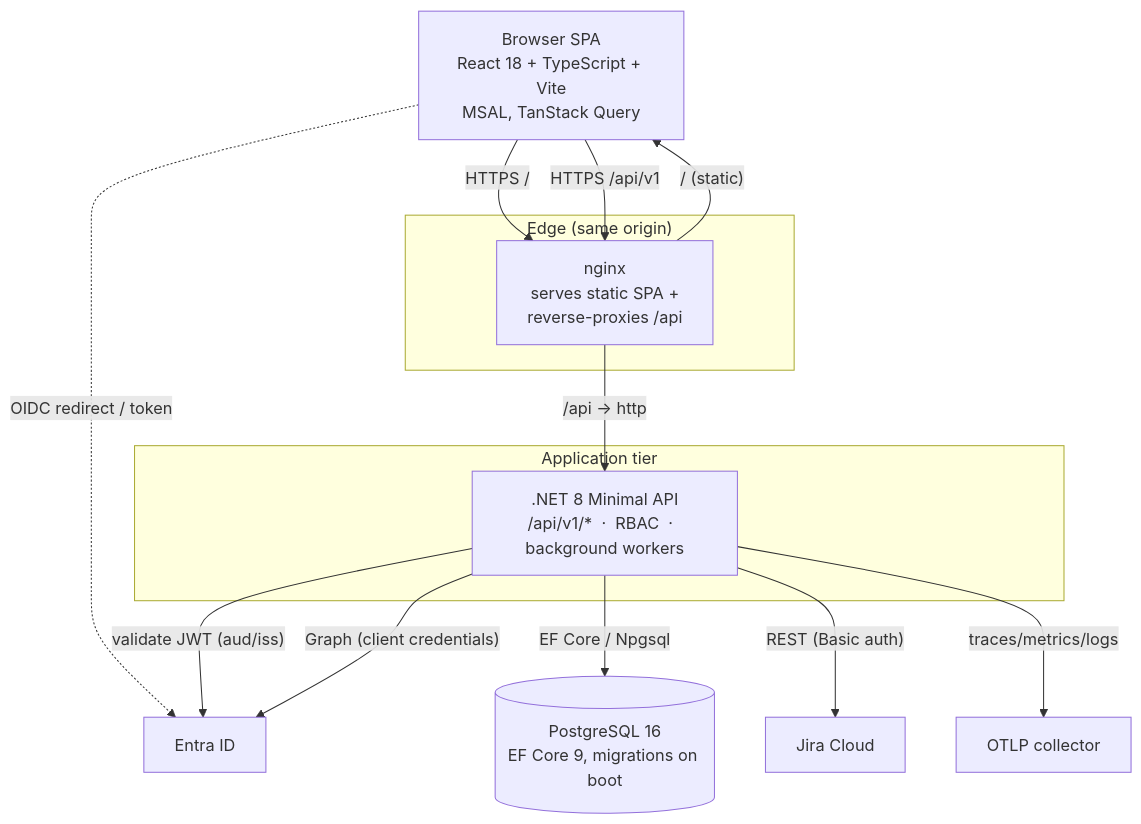
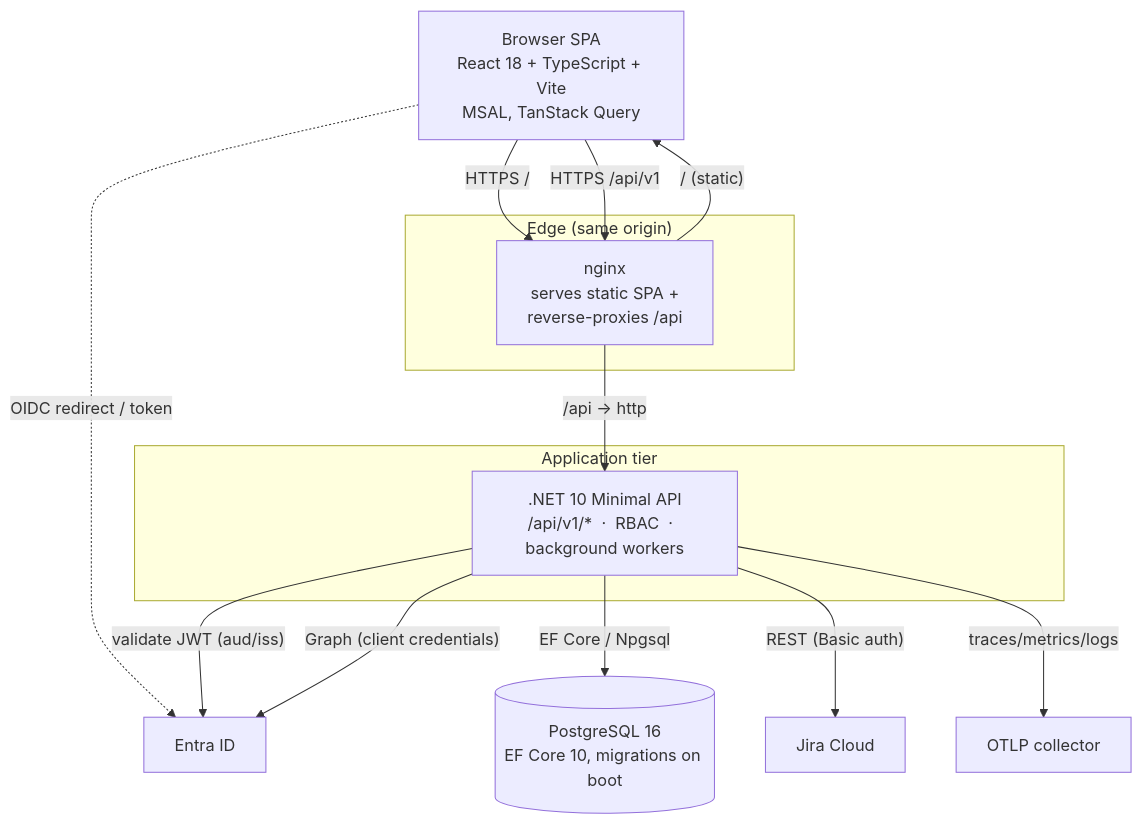
The second of 8 diagrams in docs/architecture/hld.md (nicpozent/ATLASPPM_AdditionalFeatures), drawn with Mermaid before and after one commit. The commit also changed other lines of this file and 13 other files, not shown here.

````diff
--- a/docs/architecture/hld.md
+++ b/docs/architecture/hld.md
@@ -55,29 +55,29 @@
 ```mermaid
 flowchart TB
   browser["Browser SPA\nReact 18 + TypeScript + Vite\nMSAL, TanStack Query"]
 
   subgraph edge["Edge (same origin)"]
     nginx["nginx\nserves static SPA +\nreverse-proxies /api"]
   end
 
   subgraph app["Application tier"]
-    api[".NET 8 Minimal API\n/api/v1/*  ·  RBAC  ·  background workers"]
+    api[".NET 10 Minimal API\n/api/v1/*  ·  RBAC  ·  background workers"]
   end
 
-  db[("PostgreSQL 16\nEF Core 9, migrations on boot")]
+  db[("PostgreSQL 16\nEF Core 10, migrations on boot")]
 
   entra["Entra ID"]
   jira["Jira Cloud"]
   otlp["OTLP collector"]
 
   browser -->|"HTTPS /"| nginx
   browser -->|"HTTPS /api/v1"| nginx
   nginx -->|"/ (static)"| browser
   nginx -->|"/api → http"| api
   browser -.->|"OIDC redirect / token"| entra
   api -->|"validate JWT (aud/iss)"| entra
   api -->|"EF Core / Npgsql"| db
   api -->|"REST (Basic auth)"| jira
   api -->|"Graph (client credentials)"| entra
   api -->|"traces/metrics/logs"| otlp
 ```
````
